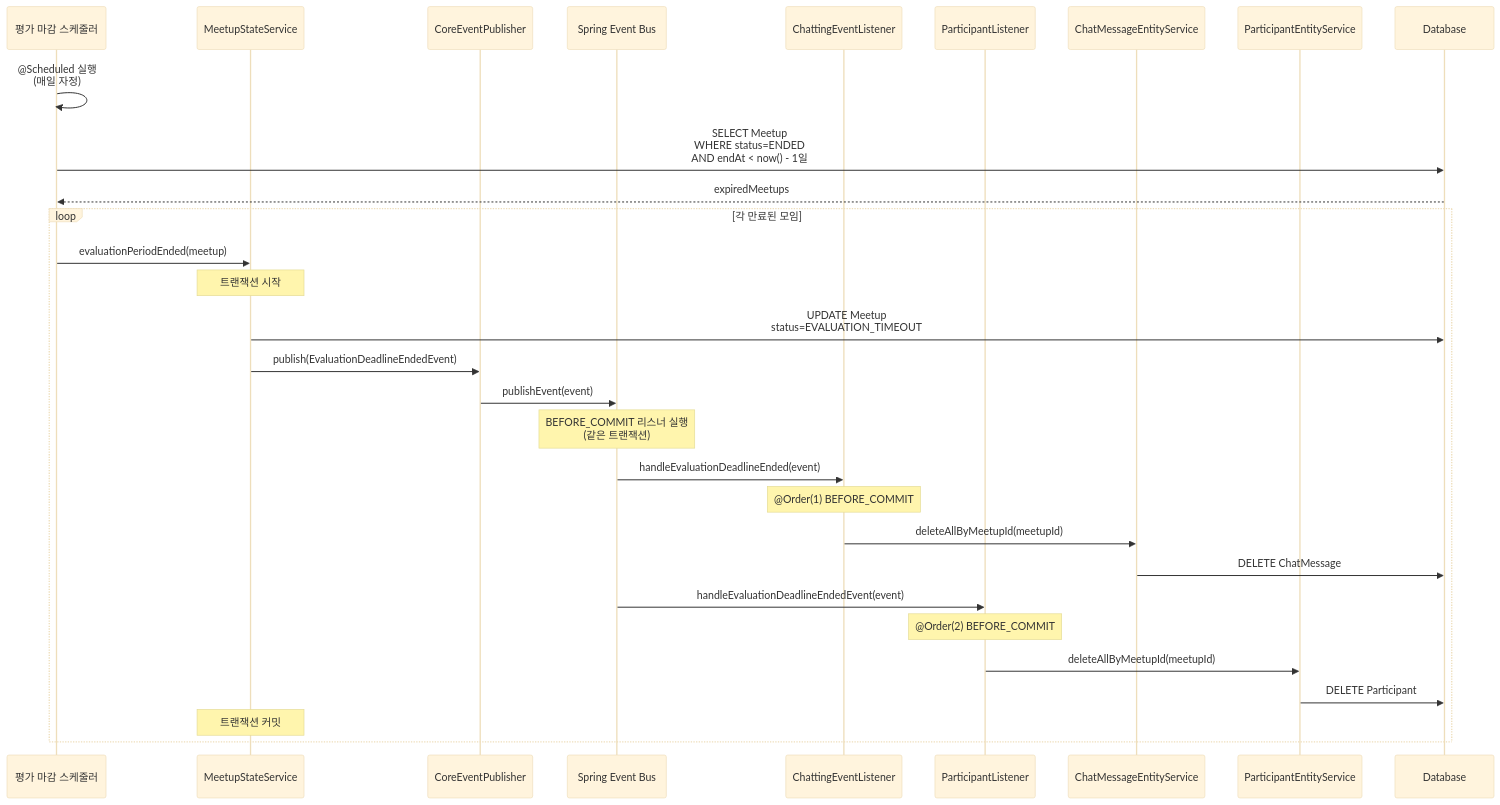
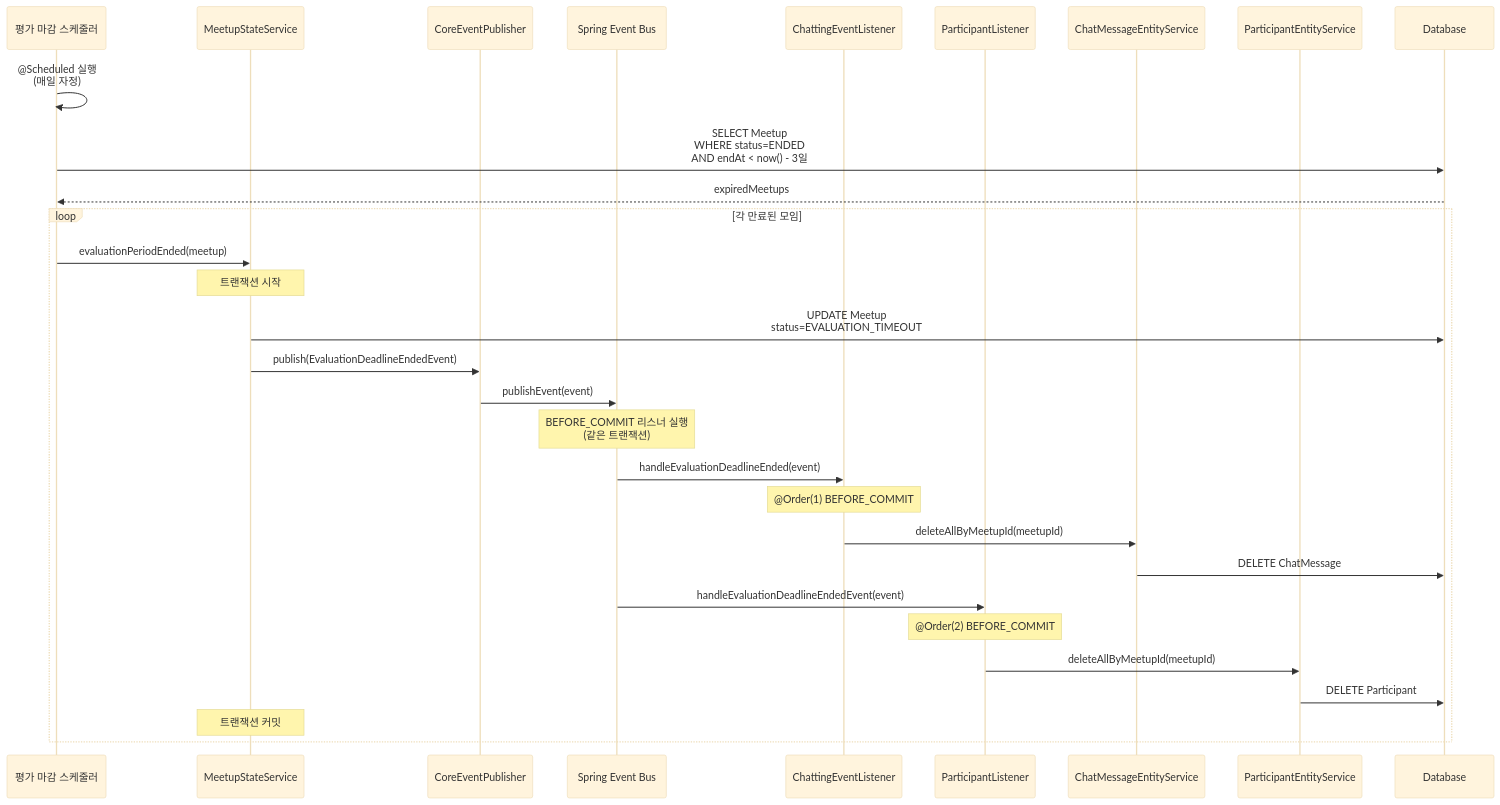
One commit to kakao-tech-campus-3rd-step3/Team11_BE changed the fifth of 7 diagrams in docs/diagrams/event-architecture.md. Above: the diagram before and after it, drawn with Mermaid (base theme). The commit also changed other lines of this file and 1 other file, not shown here.

````diff
--- a/docs/diagrams/event-architecture.md
+++ b/docs/diagrams/event-architecture.md
@@ -231,40 +231,40 @@
 ```mermaid
 sequenceDiagram
     participant Scheduler as 평가 마감 스케줄러
     participant MSS as MeetupStateService
     participant CEP as CoreEventPublisher
     participant EventBus as Spring Event Bus
     participant CEL as ChattingEventListener
     participant PL as ParticipantListener
     participant CMES as ChatMessageEntityService
     participant PES as ParticipantEntityService
     participant DB as Database
 
     Scheduler->>Scheduler: @Scheduled 실행<br/>(매일 자정)
-    Scheduler->>DB: SELECT Meetup<br/>WHERE status=ENDED<br/>AND endAt < now() - 1일
+    Scheduler->>DB: SELECT Meetup<br/>WHERE status=ENDED<br/>AND endAt < now() - 3일
     DB-->>Scheduler: expiredMeetups
 
     loop 각 만료된 모임
         Scheduler->>MSS: evaluationPeriodEnded(meetup)
 
         Note over MSS: 트랜잭션 시작
 
         MSS->>DB: UPDATE Meetup<br/>status=EVALUATION_TIMEOUT
         MSS->>CEP: publish(EvaluationDeadlineEndedEvent)
         CEP->>EventBus: publishEvent(event)
 
         Note over EventBus: BEFORE_COMMIT 리스너 실행<br/>(같은 트랜잭션)
 
         EventBus->>CEL: handleEvaluationDeadlineEnded(event)
         Note over CEL: @Order(1) BEFORE_COMMIT
         CEL->>CMES: deleteAllByMeetupId(meetupId)
         CMES->>DB: DELETE ChatMessage
 
         EventBus->>PL: handleEvaluationDeadlineEndedEvent(event)
         Note over PL: @Order(2) BEFORE_COMMIT
         PL->>PES: deleteAllByMeetupId(meetupId)
         PES->>DB: DELETE Participant
 
         Note over MSS: 트랜잭션 커밋
     end
 ```
````
